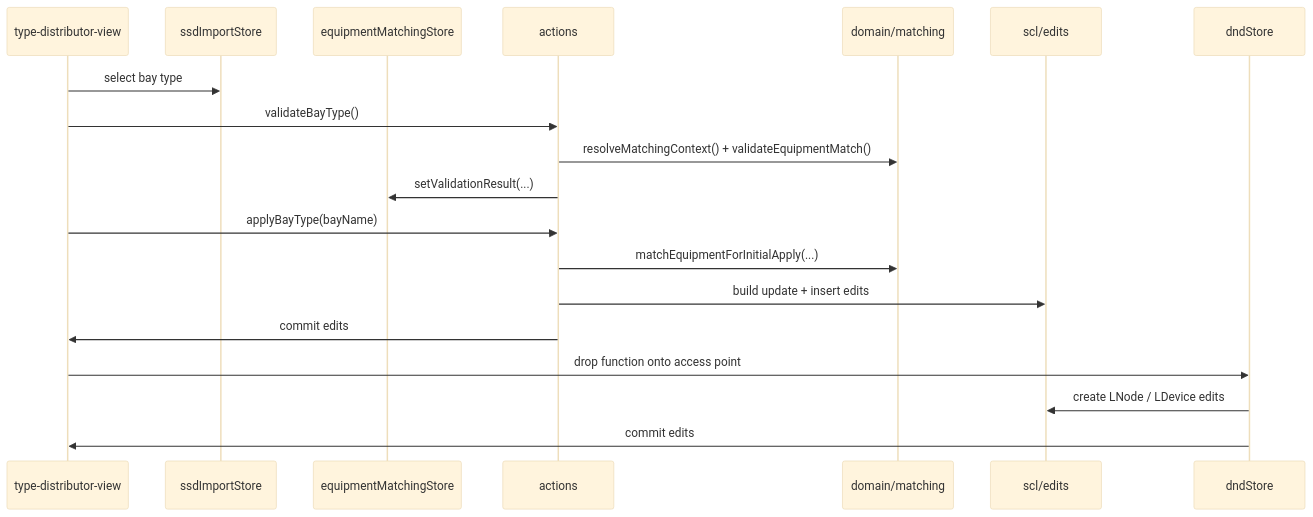
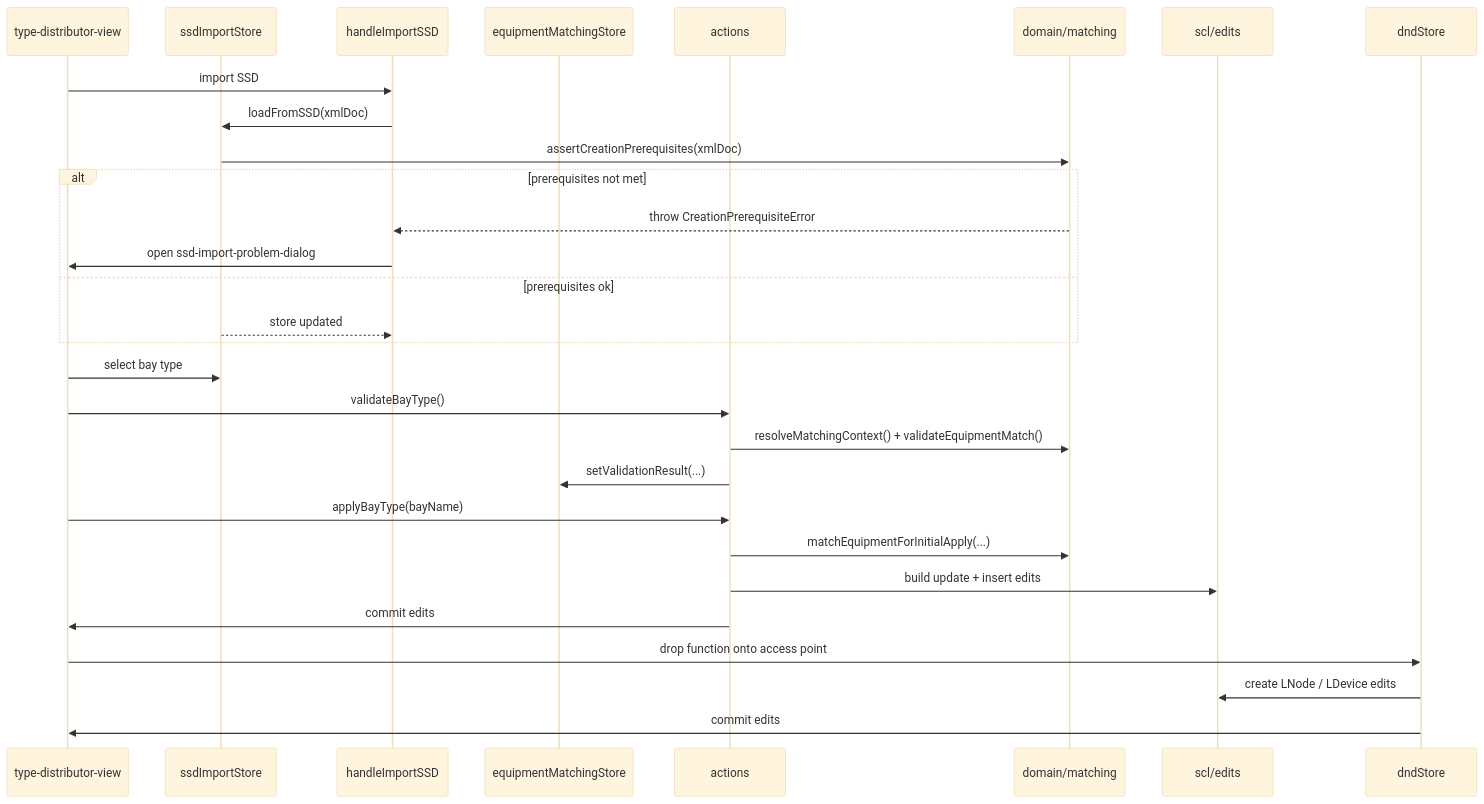
Before and after one commit to sprinteins/oscd-plugins: the second of 2 diagrams in packages/plugins/type-distributor/docs/structure/workflow-and-data-flow.md, drawn with Mermaid (base theme). The commit also changed other lines of this file and 1 other file, not shown here.

Commit message:
doc(dist): enhance SSD import workflow documentation and add validation details (#779)

````diff
--- a/packages/plugins/type-distributor/docs/structure/workflow-and-data-flow.md
+++ b/packages/plugins/type-distributor/docs/structure/workflow-and-data-flow.md
@@ -97,22 +109,32 @@
 ```mermaid
 sequenceDiagram
     participant UI as type-distributor-view
     participant SSD as ssdImportStore
+    participant IMP as handleImportSSD
     participant EQ as equipmentMatchingStore
     participant ACT as actions
     participant DOM as domain/matching
     participant SCL as scl/edits
     participant DND as dndStore
 
+    UI->>IMP: import SSD
+    IMP->>SSD: loadFromSSD(xmlDoc)
+    SSD->>DOM: assertCreationPrerequisites(xmlDoc)
+    alt prerequisites not met
+        DOM-->>IMP: throw CreationPrerequisiteError
+        IMP->>UI: open ssd-import-problem-dialog
+    else prerequisites ok
+        SSD-->>IMP: store updated
+    end
     UI->>SSD: select bay type
     UI->>ACT: validateBayType()
     ACT->>DOM: resolveMatchingContext() + validateEquipmentMatch()
     ACT->>EQ: setValidationResult(...)
     UI->>ACT: applyBayType(bayName)
     ACT->>DOM: matchEquipmentForInitialApply(...)
     ACT->>SCL: build update + insert edits
     ACT->>UI: commit edits
     UI->>DND: drop function onto access point
     DND->>SCL: create LNode / LDevice edits
     DND->>UI: commit edits
 ```
````
